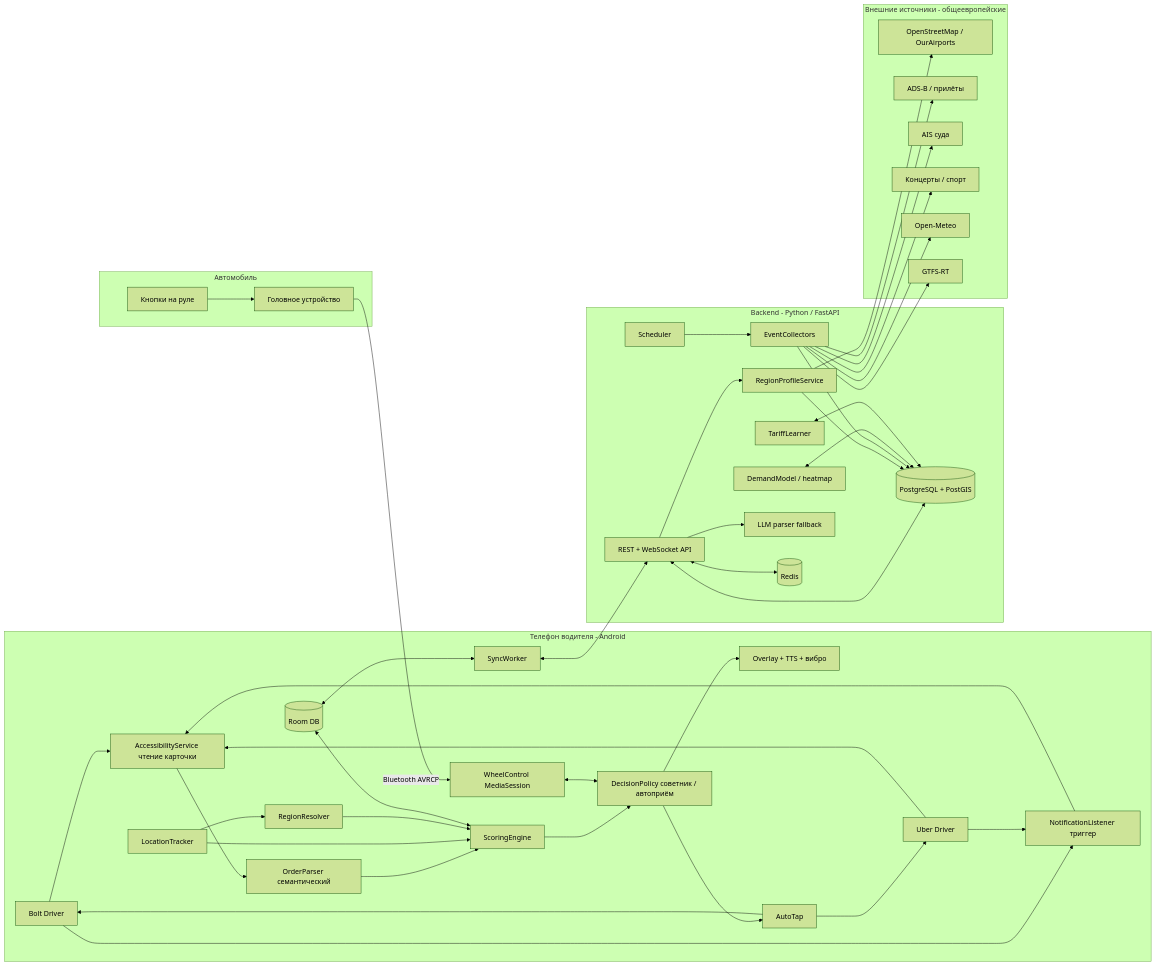
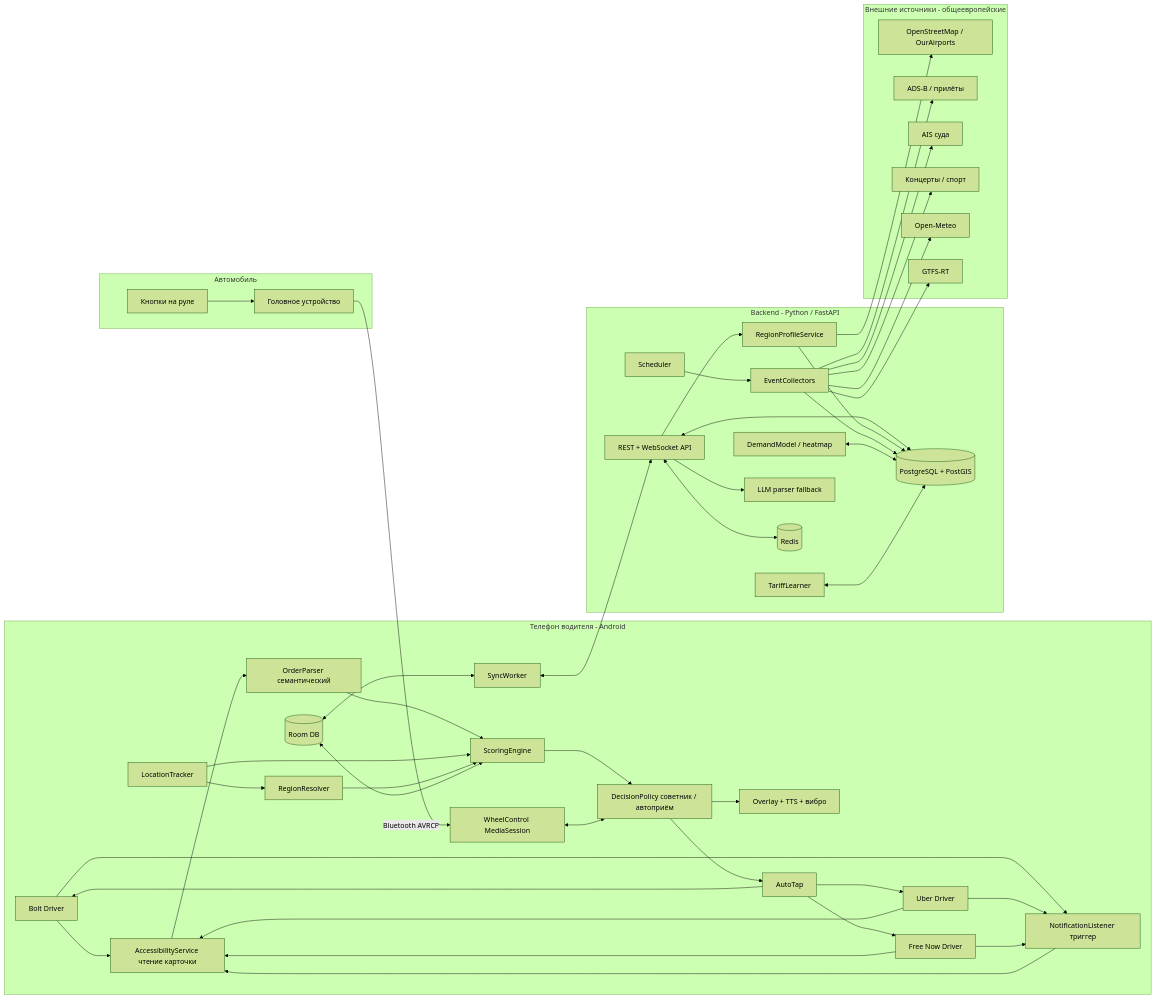
The first of 2 diagrams in docs/architecture.md (vitalxp/bot), drawn with Mermaid (forest theme) before and after one commit. The commit also changed other lines of this file and 3 other files, not shown here.

Commit message:
docs: multi-device hub (2-3 phones + tablet), Free Now as first-class, Uber-only airport queue, A+B in waves W0-W4, graphical reports via email/Telegram; full function/task WBS

```diff
--- a/docs/architecture.md
+++ b/docs/architecture.md
@@ -52,6 +58,7 @@
     subgraph phone [Телефон водителя - Android]
         BoltApp[Bolt Driver]
         UberApp[Uber Driver]
+        FreeNowApp[Free Now Driver]
         ACC[AccessibilityService чтение карточки]
         NLS[NotificationListener триггер]
         Parser[OrderParser семантический]
@@ -66,8 +73,10 @@
         Sync[SyncWorker]
         BoltApp --> ACC
         UberApp --> ACC
+        FreeNowApp --> ACC
         BoltApp --> NLS
         UberApp --> NLS
+        FreeNowApp --> NLS
         NLS --> ACC
         ACC --> Parser
         Parser --> Score
@@ -76,6 +85,7 @@
         Policy --> Tap
         Tap --> BoltApp
         Tap --> UberApp
+        Tap --> FreeNowApp
         Wheel <--> Policy
         Loc --> Region
         Loc --> Score
```
